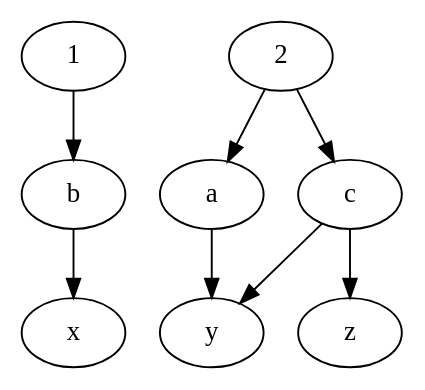
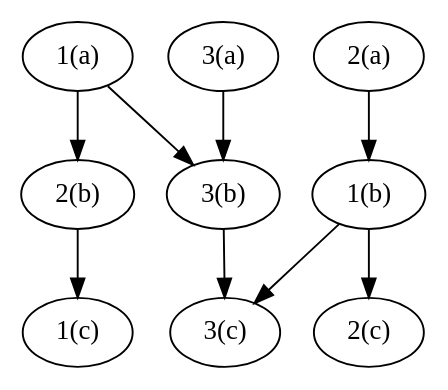
Before and after one commit to geniichi/Discrete_Mathematics: the diagram in Assignments/relations/multig.dot, drawn with Graphviz. The commit also changed 1 other file, not shown here.

```diff
--- a/Assignments/relations/multig.dot
+++ b/Assignments/relations/multig.dot
@@ -1,17 +1,19 @@
 digraph  {
-1;
-b;
-2;
-a;
-c;
-y;
-x;
-z;
-1 -> b  [key=0];
-b -> x  [key=0];
-2 -> a  [key=0];
-2 -> c  [key=0];
-a -> y  [key=0];
-c -> y  [key=0];
-c -> z  [key=0];
+"1(a)";
+"2(b)";
+"3(b)";
+"2(a)";
+"1(b)";
+"3(a)";
+"2(c)";
+"3(c)";
+"1(c)";
+"1(a)" -> "2(b)"  [key=0];
+"1(a)" -> "3(b)"  [key=0];
+"2(b)" -> "1(c)"  [key=0];
+"3(b)" -> "3(c)"  [key=0];
+"2(a)" -> "1(b)"  [key=0];
+"1(b)" -> "2(c)"  [key=0];
+"1(b)" -> "3(c)"  [key=0];
+"3(a)" -> "3(b)"  [key=0];
 }
```
